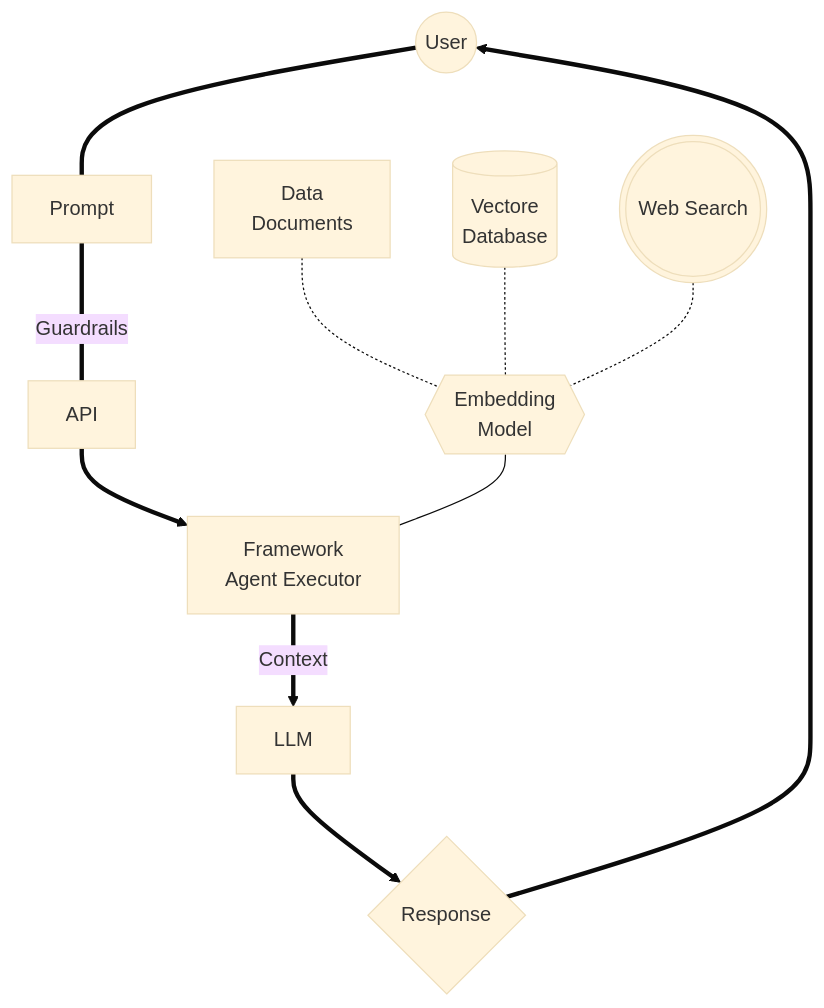
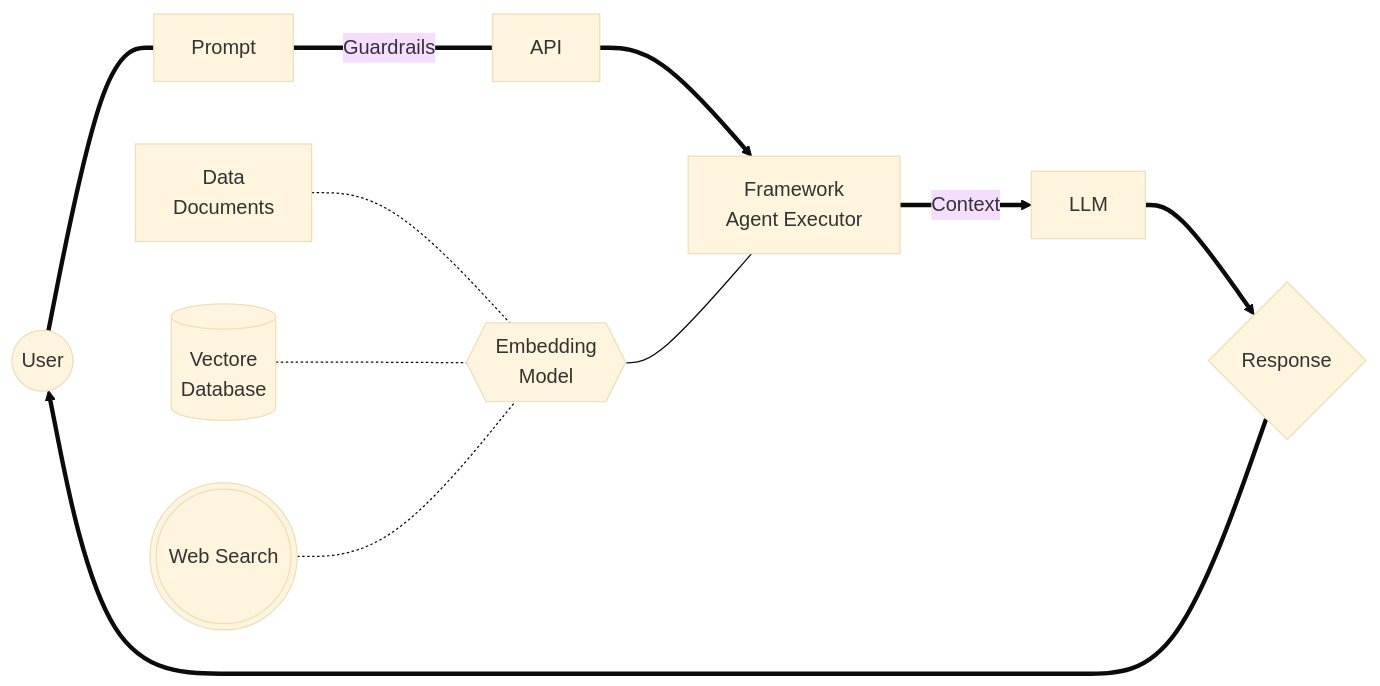
One commit to sebastianmarodi/chatbot_prototype changed the diagram in bot_mindmap_simplified.md. Above: the diagram before and after it, drawn with Mermaid (base theme).

Commit message:
updated simplified mindmap

````diff
--- a/bot_mindmap_simplified.md
+++ b/bot_mindmap_simplified.md
@@ -15,17 +15,17 @@
 ```mermaid
-flowchart TD;
+flowchart LR;
     id0((User)) === id1[Prompt];
 
     id1 === | Guardrails | API ==> id2[Framework\n Agent Executor] 
    
     id2 ==>| Context | LLM
     LLM  ==>  id7{Response} 
 
     id3 --- id2
     id3{{Embedding\n Model}} 
     id4[Data\n Documents] -.- id3
     id5[(Vectore\n Database)] -.- id3
     id6(((Web Search))) -.- id3
     
     id7 ==> id0 
 ```
````
